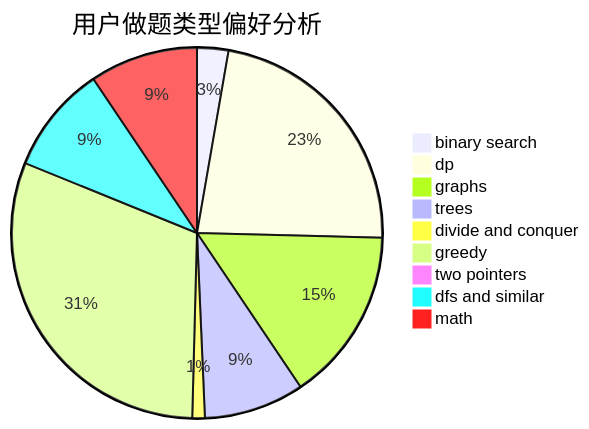
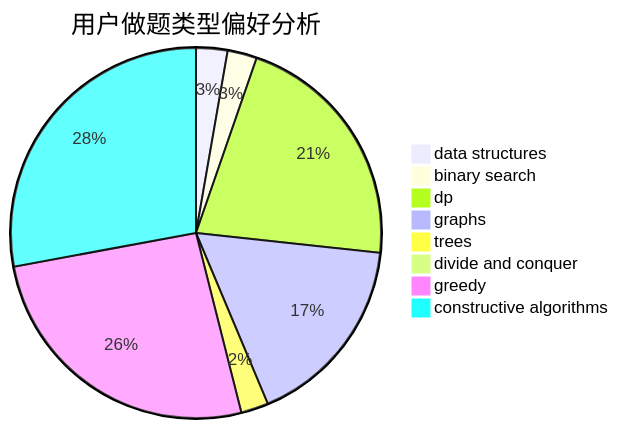
Before and after one commit to sherpahu/cfrs.github.io: the second of 3 diagrams in docs/user/u149.md, drawn with Mermaid. The commit also changed other lines of this file and 2775 other files, not shown here.

````diff
--- a/docs/user/u149.md
+++ b/docs/user/u149.md
@@ -23,12 +23,11 @@
 ```mermaid
 pie title 用户做题类型偏好分析
-    "binary search" :  20
-    "dp" :  166
-    "graphs" :  111
-    "trees" :  64
-    "divide and conquer" :  8
-    "greedy" :  225
-    "two pointers" :  3
-    "dfs and similar" :  69
-    "math" :  69
+    "data structures" :  16
+    "binary search" :  15
+    "dp" :  125
+    "graphs" :  99
+    "trees" :  14
+    "divide and conquer" :  0
+    "greedy" :  152
+    "constructive algorithms" :  163
 ```
````
